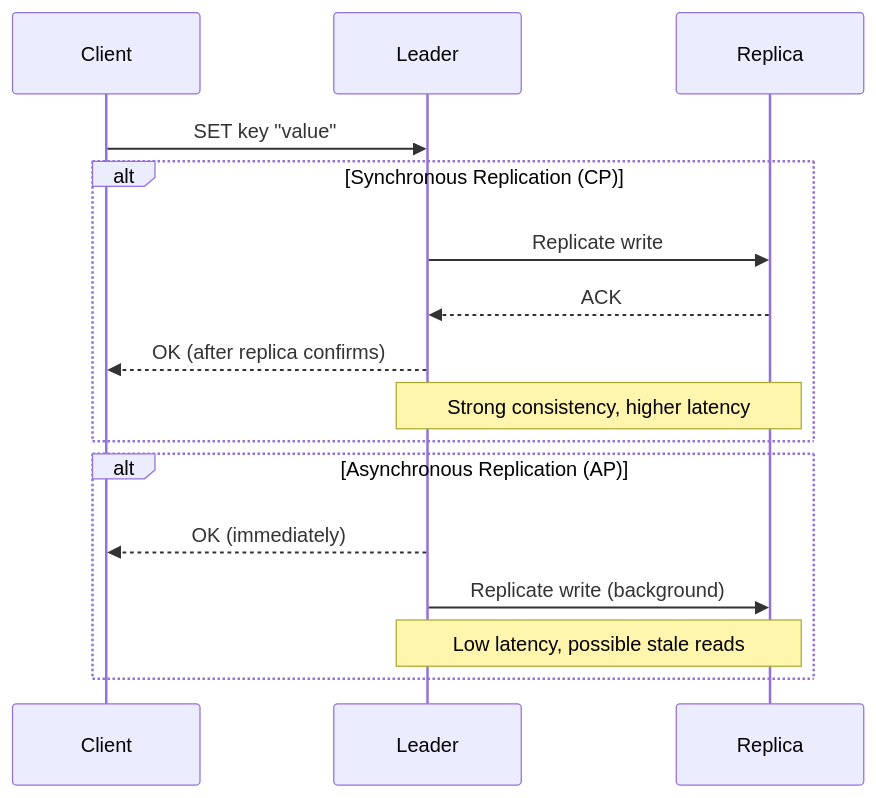
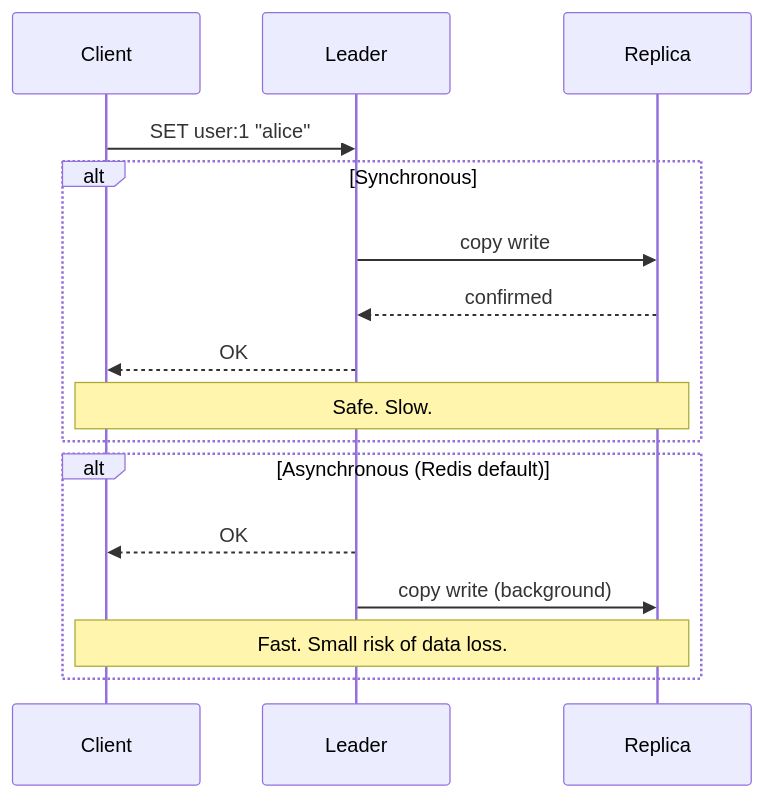
Before and after one commit to snesjhon/snesjhon: the first of 2 diagrams in ysk/system-design/questions/easy/03-key-value-store.md, drawn with Mermaid. The commit also changed other lines of this file and 13 other files, not shown here.

````diff
--- a/ysk/system-design/questions/easy/03-key-value-store.md
+++ b/ysk/system-design/questions/easy/03-key-value-store.md
@@ -68,21 +167,21 @@
 ```mermaid
 sequenceDiagram
     participant C as Client
     participant L as Leader
     participant R as Replica
 
-    C->>L: SET key "value"
+    C->>L: SET user:1 "alice"
 
-    alt Synchronous Replication (CP)
-        L->>R: Replicate write
-        R-->>L: ACK
-        L-->>C: OK (after replica confirms)
-        Note over L,R: Strong consistency, higher latency
+    alt Synchronous
+        L->>R: copy write
+        R-->>L: confirmed
+        L-->>C: OK
+        Note over C,R: Safe. Slow.
     end
 
-    alt Asynchronous Replication (AP)
-        L-->>C: OK (immediately)
-        L->>R: Replicate write (background)
-        Note over L,R: Low latency, possible stale reads
+    alt Asynchronous (Redis default)
+        L-->>C: OK
+        L->>R: copy write (background)
+        Note over C,R: Fast. Small risk of data loss.
     end
 ```
````
